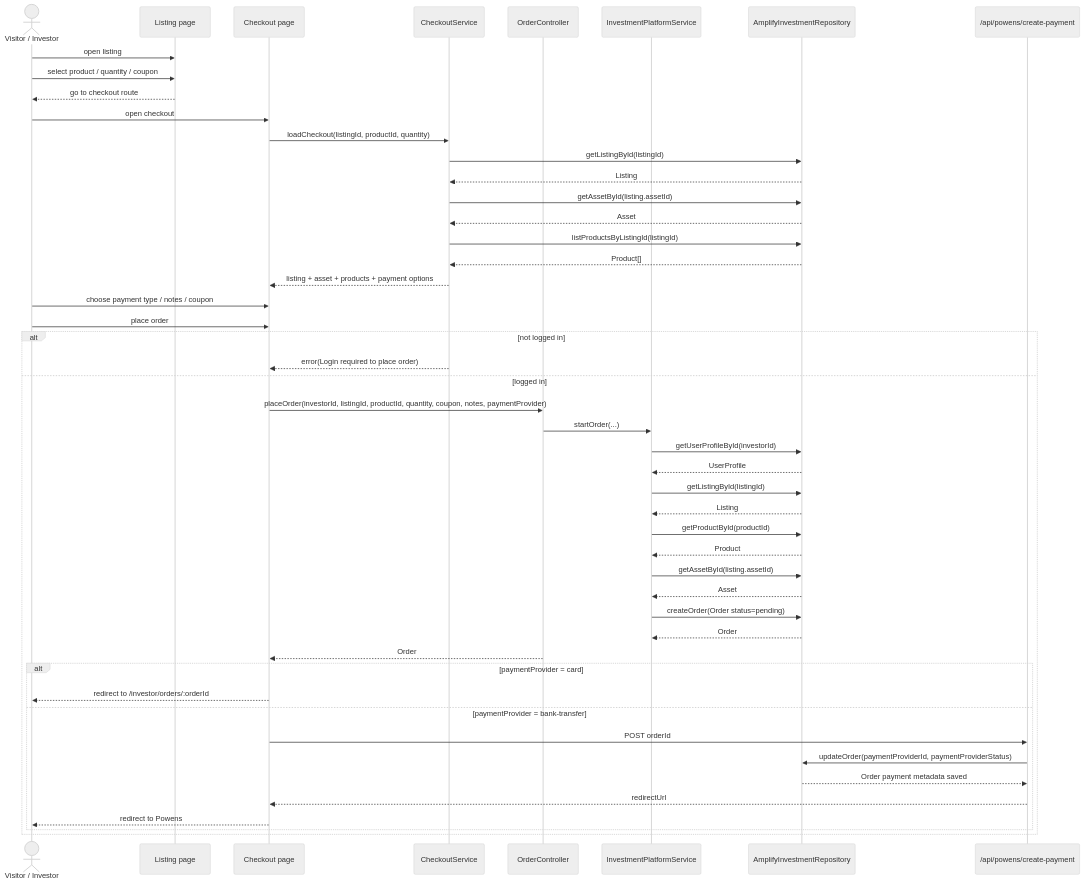
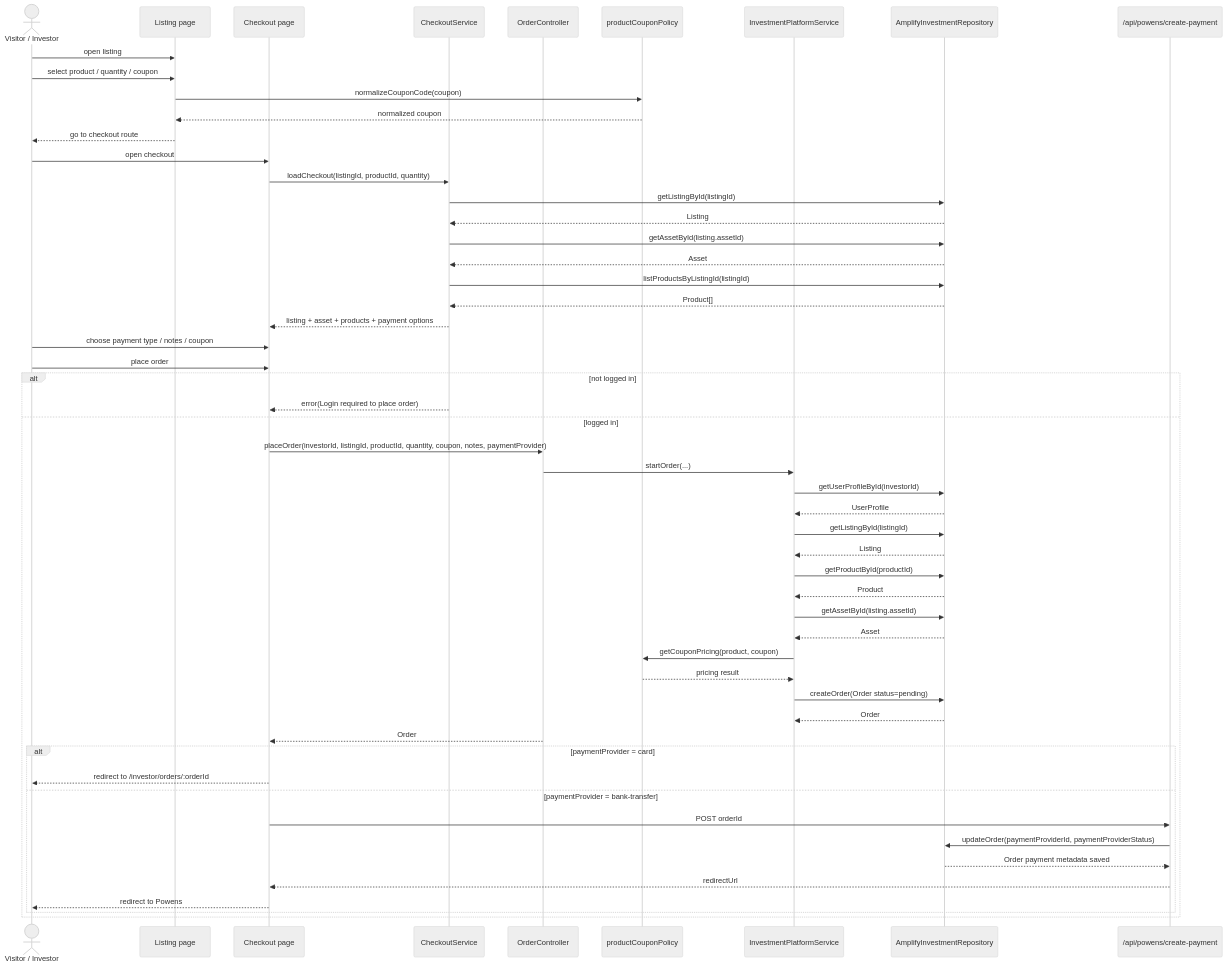
Before and after one commit to j4nos/cz: the second of 4 diagrams in specs/5 - ui investment runtime flow.md, drawn with Mermaid (neutral theme). The commit also changed other lines of this file and 152 other files, not shown here.

Commit message:
refactor: align routes and frontend entrypoints with clean architecture

````diff
--- a/specs/5 - ui investment runtime flow.md
+++ b/specs/5 - ui investment runtime flow.md
@@ -57,55 +60,60 @@
 ```mermaid
 sequenceDiagram
   actor Visitor as Visitor / Investor
   participant ListingUI as Listing page
   participant CheckoutUI as Checkout page
   participant CheckoutService as CheckoutService
   participant OrderController as OrderController
+  participant ProductCouponPolicy as productCouponPolicy
   participant Service as InvestmentPlatformService
   participant Repo as AmplifyInvestmentRepository
   participant PowensApi as /api/powens/create-payment
 
   Visitor->>ListingUI: open listing
   Visitor->>ListingUI: select product / quantity / coupon
+  ListingUI->>ProductCouponPolicy: normalizeCouponCode(coupon)
+  ProductCouponPolicy-->>ListingUI: normalized coupon
   ListingUI-->>Visitor: go to checkout route
 
   Visitor->>CheckoutUI: open checkout
   CheckoutUI->>CheckoutService: loadCheckout(listingId, productId, quantity)
   CheckoutService->>Repo: getListingById(listingId)
   Repo-->>CheckoutService: Listing
   CheckoutService->>Repo: getAssetById(listing.assetId)
   Repo-->>CheckoutService: Asset
   CheckoutService->>Repo: listProductsByListingId(listingId)
   Repo-->>CheckoutService: Product[]
   CheckoutService-->>CheckoutUI: listing + asset + products + payment options
 
   Visitor->>CheckoutUI: choose payment type / notes / coupon
   Visitor->>CheckoutUI: place order
   alt not logged in
     CheckoutService-->>CheckoutUI: error(Login required to place order)
   else logged in
     CheckoutUI->>OrderController: placeOrder(investorId, listingId, productId, quantity, coupon, notes, paymentProvider)
     OrderController->>Service: startOrder(...)
     Service->>Repo: getUserProfileById(investorId)
     Repo-->>Service: UserProfile
     Service->>Repo: getListingById(listingId)
     Repo-->>Service: Listing
     Service->>Repo: getProductById(productId)
     Repo-->>Service: Product
     Service->>Repo: getAssetById(listing.assetId)
     Repo-->>Service: Asset
+    Service->>ProductCouponPolicy: getCouponPricing(product, coupon)
+    ProductCouponPolicy-->>Service: pricing result
     Service->>Repo: createOrder(Order status=pending)
     Repo-->>Service: Order
     OrderController-->>CheckoutUI: Order
 
     alt paymentProvider = card
       CheckoutUI-->>Visitor: redirect to /investor/orders/:orderId
     else paymentProvider = bank-transfer
       CheckoutUI->>PowensApi: POST orderId
       PowensApi->>Repo: updateOrder(paymentProviderId, paymentProviderStatus)
       Repo-->>PowensApi: Order payment metadata saved
       PowensApi-->>CheckoutUI: redirectUrl
       CheckoutUI-->>Visitor: redirect to Powens
     end
   end
 ```
````
